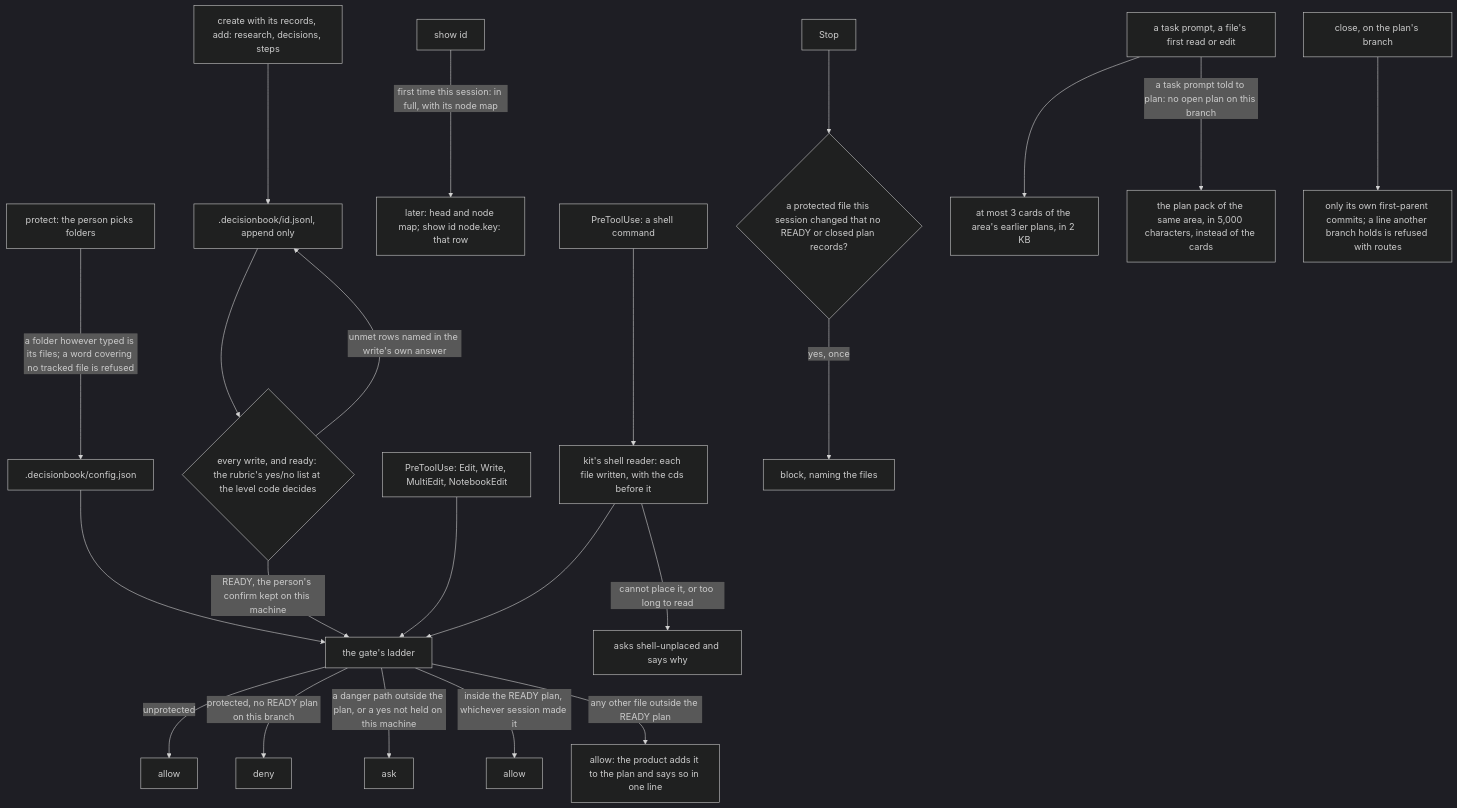
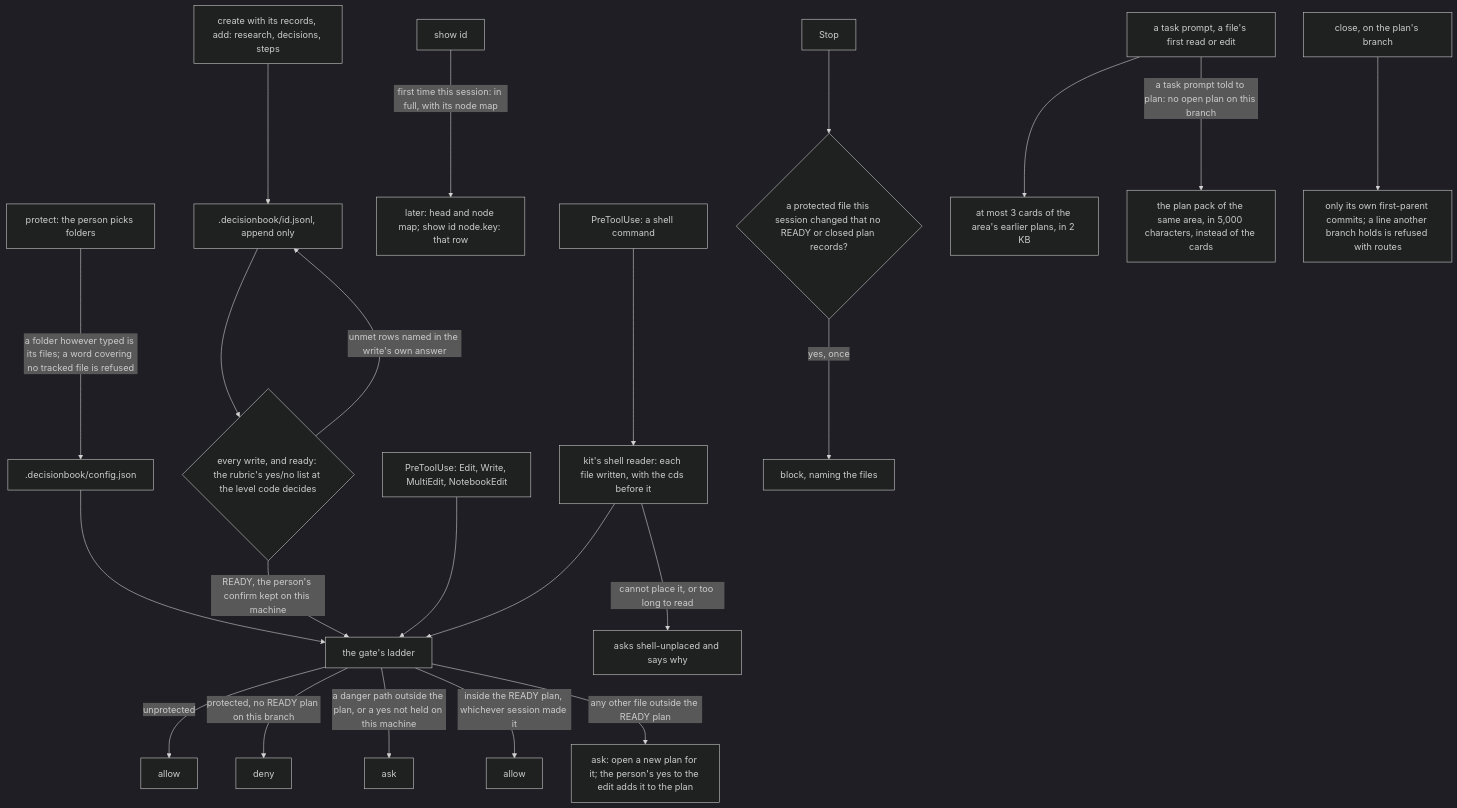
Before and after one commit to Bariscanates404/decisionbook: the diagram in packages/decisionbook/README.md, drawn with Mermaid (dark theme). The commit also changed other lines of this file and 291 other files, not shown here.

````diff
--- a/packages/decisionbook/README.md
+++ b/packages/decisionbook/README.md
@@ -37,23 +37,23 @@
 ```mermaid
 flowchart TD
   P[protect: the person picks folders] -->|a folder however typed is its files; a word covering no tracked file is refused| CFG[.decisionbook/config.json]
   C[create with its records, add: research, decisions, steps] --> I[.decisionbook/id.jsonl, append only]
   I --> R{every write, and ready: the rubric's yes/no list at the level code decides}
   R -->|unmet rows named in the write's own answer| I
   R -->|READY, the person's confirm kept on this machine| G
   SH[show id] -->|first time this session: in full, with its node map| N[later: head and node map; show id node.key: that row]
   E[PreToolUse: Edit, Write, MultiEdit, NotebookEdit] --> G[the gate's ladder]
   B[PreToolUse: a shell command] --> SR[kit's shell reader: each file written, with the cds before it] --> G
   SR -->|cannot place it, or too long to read| U[asks shell-unplaced and says why]
   CFG --> G
   G -->|unprotected| A1[allow]
   G -->|protected, no READY plan on this branch| D[deny]
   G -->|a danger path outside the plan, or a yes not held on this machine| AS[ask]
   G -->|inside the READY plan, whichever session made it| A2[allow]
-  G -->|any other file outside the READY plan| GR[allow: the product adds it to the plan and says so in one line]
+  G -->|any other file outside the READY plan| GR[ask: open a new plan for it; the person's yes to the edit adds it to the plan]
   S[Stop] --> ST{a protected file this session changed that no READY or closed plan records?}
   ST -->|yes, once| BL[block, naming the files]
   Q[a task prompt, a file's first read or edit] --> RC[at most 3 cards of the area's earlier plans, in 2 KB]
   Q -->|a task prompt told to plan: no open plan on this branch| PK[the plan pack of the same area, in 5,000 characters, instead of the cards]
   CL[close, on the plan's branch] --> CO[only its own first-parent commits; a line another branch holds is refused with routes]
 ```
````
